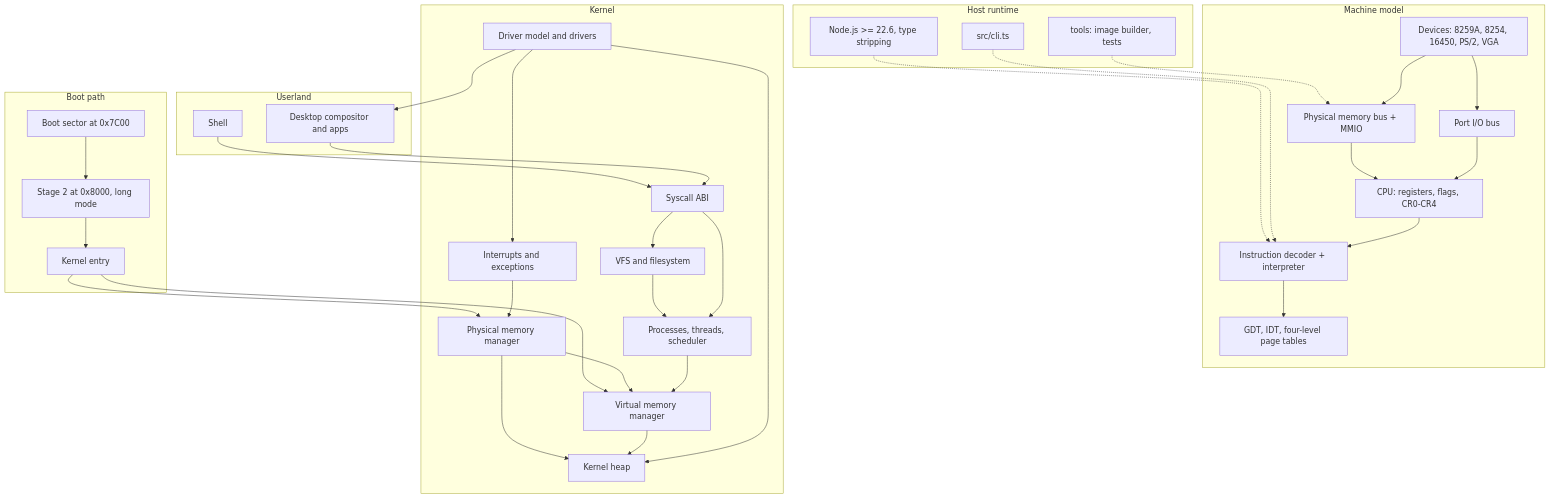
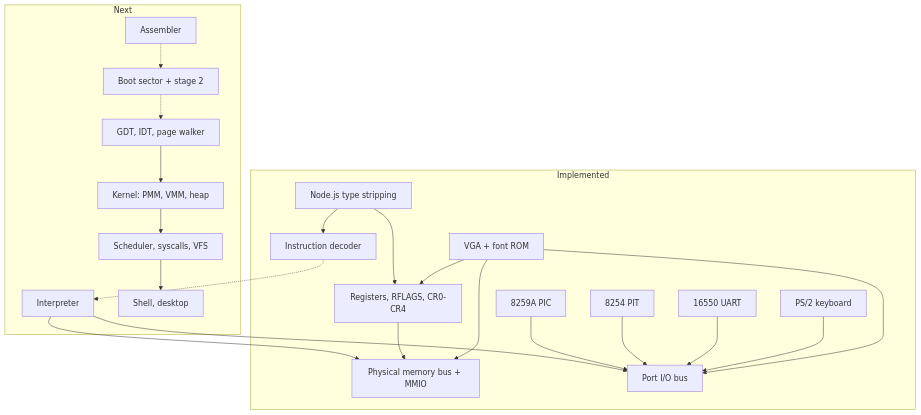
The diagram in README.md (muraa-p/verixos), drawn with Mermaid before and after one commit. The commit also changed other lines of this file and 14 other files, not shown here.

````diff
--- a/README.md
+++ b/README.md
@@ -168,66 +211,44 @@
 ```mermaid
 graph TD
-  subgraph host["Host runtime"]
-    nodejs["Node.js >= 22.6, type stripping"]
-    tools["tools: image builder, tests"]
-    cli["src/cli.ts"]
+  subgraph built["Implemented"]
+    nodejs["Node.js type stripping"]
+    regs["Registers, RFLAGS, CR0-CR4"]
+    decode["Instruction decoder"]
+    mem["Physical memory bus + MMIO"]
+    portio["Port I/O bus"]
+    pic["8259A PIC"]
+    pit["8254 PIT"]
+    uart["16550 UART"]
+    kbd["PS/2 keyboard"]
+    vga["VGA + font ROM"]
   end
 
-  subgraph machine["Machine model"]
-    mem["Physical memory bus + MMIO"]
-    portio["Port I/O bus"]
-    cpu["CPU: registers, flags, CR0-CR4"]
-    decode["Instruction decoder + interpreter"]
-    gdtidt["GDT, IDT, four-level page tables"]
-    devices["Devices: 8259A, 8254, 16450, PS/2, VGA"]
+  subgraph next["Next"]
+    interp["Interpreter"]
+    asm["Assembler"]
+    boot["Boot sector + stage 2"]
+    gdtidt["GDT, IDT, page walker"]
+    kernel["Kernel: PMM, VMM, heap"]
+    sys["Scheduler, syscalls, VFS"]
+    user["Shell, desktop"]
   end
 
-  subgraph bootpath["Boot path"]
-    sector["Boot sector at 0x7C00"]
-    stage2["Stage 2 at 0x8000, long mode"]
-    entry["Kernel entry"]
-  end
-
-  subgraph kernel["Kernel"]
-    pmm["Physical memory manager"]
-    vmm["Virtual memory manager"]
-    heap["Kernel heap"]
-    idt["Interrupts and exceptions"]
-    sched["Processes, threads, scheduler"]
-    vfs["VFS and filesystem"]
-    drivers["Driver model and drivers"]
-    syscall["Syscall ABI"]
-  end
-
-  subgraph userland["Userland"]
-    shell["Shell"]
-    desktop["Desktop compositor and apps"]
-  end
-
-  nodejs -.-> decode
-  cli -.-> decode
-  tools -.-> mem
-  devices --> portio
-  devices --> mem
-  mem --> cpu
-  portio --> cpu
-  cpu --> decode
-  decode --> gdtidt
-  sector --> stage2
-  stage2 --> entry
-  entry --> pmm
-  entry --> vmm
-  pmm --> vmm
-  pmm --> heap
-  vmm --> heap
-  idt --> pmm
-  drivers --> idt
-  drivers --> heap
-  sched --> vmm
-  vfs --> sched
-  syscall --> vfs
-  syscall --> sched
-  shell --> syscall
-  desktop --> syscall
-  drivers --> desktop
+  nodejs --> decode
+  nodejs --> regs
+  decode -.-> interp
+  asm -.-> boot
+  boot -.-> gdtidt
+  interp --> mem
+  regs --> mem
+  interp --> portio
+  pic --> portio
+  pit --> portio
+  uart --> portio
+  kbd --> portio
+  vga --> mem
+  vga --> portio
+  vga --> regs
+  gdtidt --> kernel
+  kernel --> sys
+  sys --> user
 ```
````
